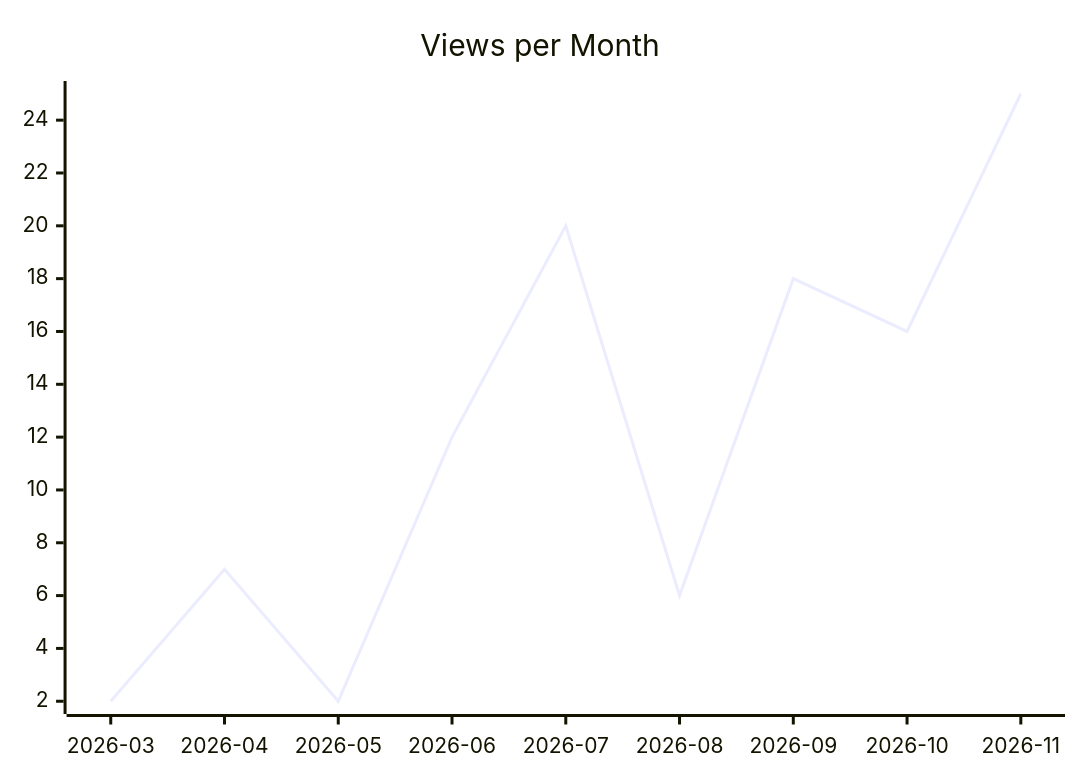
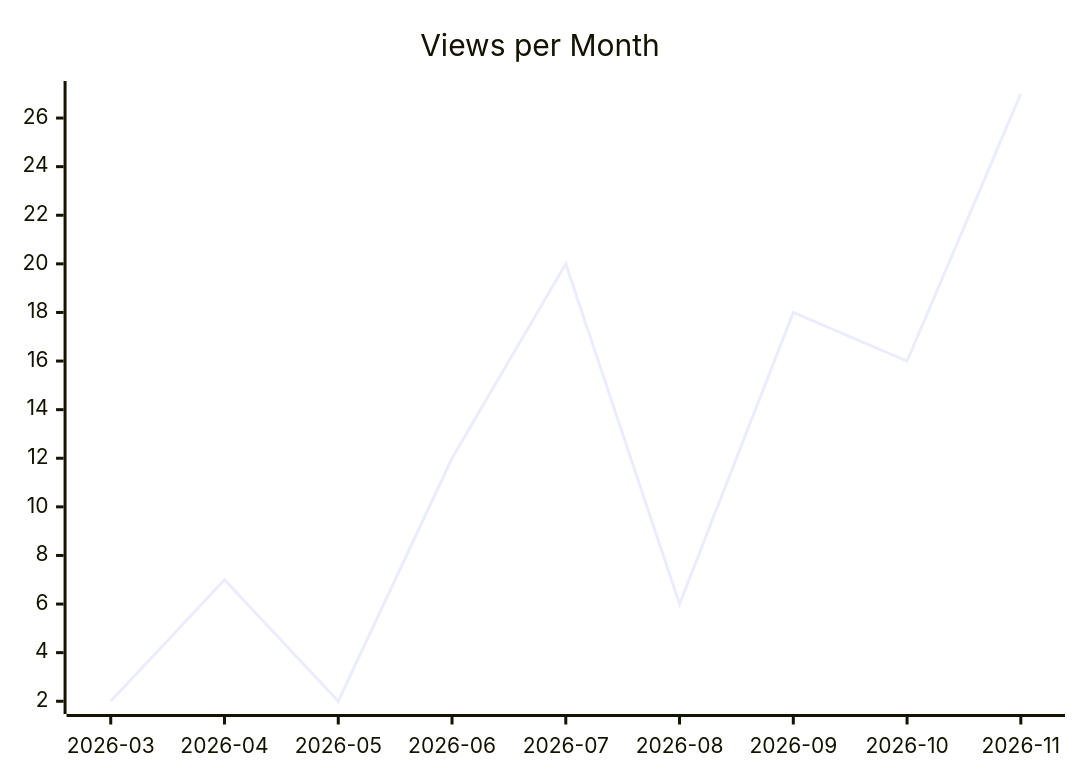
Before and after one commit to justdavis-family/github-analytics-data: the second of 3 diagrams in karlmdavis/fhir-benchmarks/README.md, drawn with Mermaid. The commit also changed other lines of this file and 199 other files, not shown here.

````diff
--- a/karlmdavis/fhir-benchmarks/README.md
+++ b/karlmdavis/fhir-benchmarks/README.md
@@ -12,6 +12,6 @@
 ```mermaid
 xychart-beta
   title "Views per Month"
   x-axis ["2026-03", "2026-04", "2026-05", "2026-06", "2026-07", "2026-08", "2026-09", "2026-10", "2026-11"]
-  line [2, 7, 2, 12, 20, 6, 18, 16, 25]
+  line [2, 7, 2, 12, 20, 6, 18, 16, 27]
 ```
````
